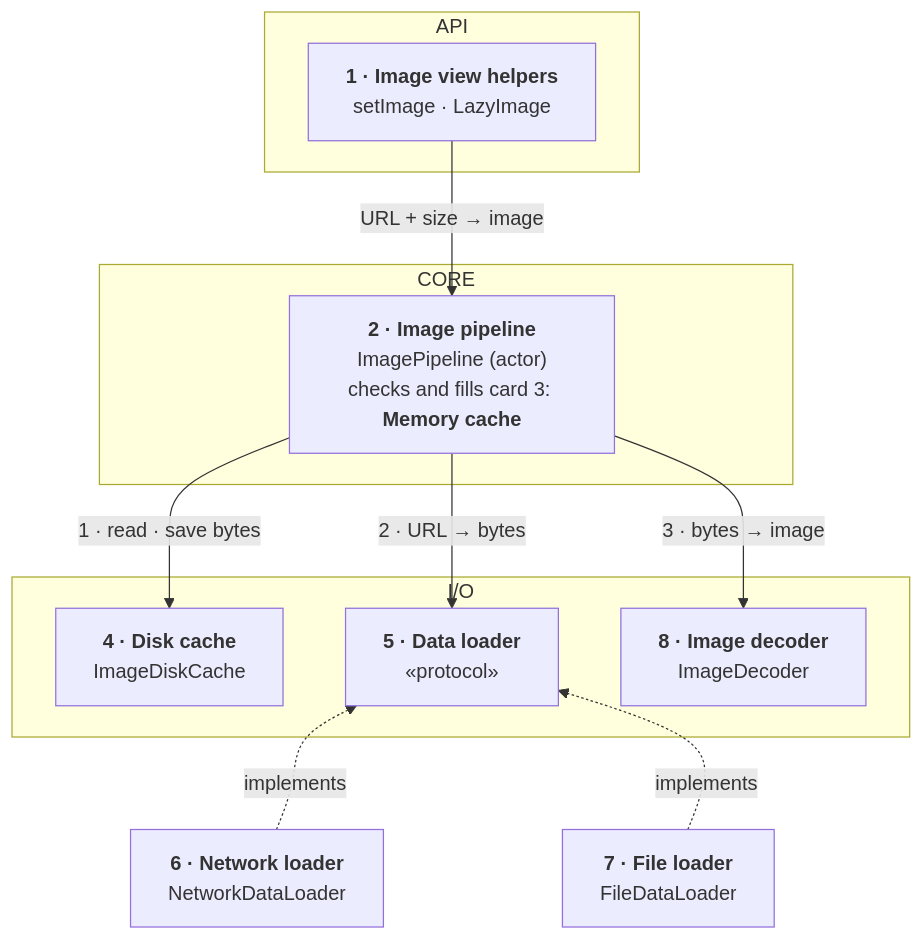
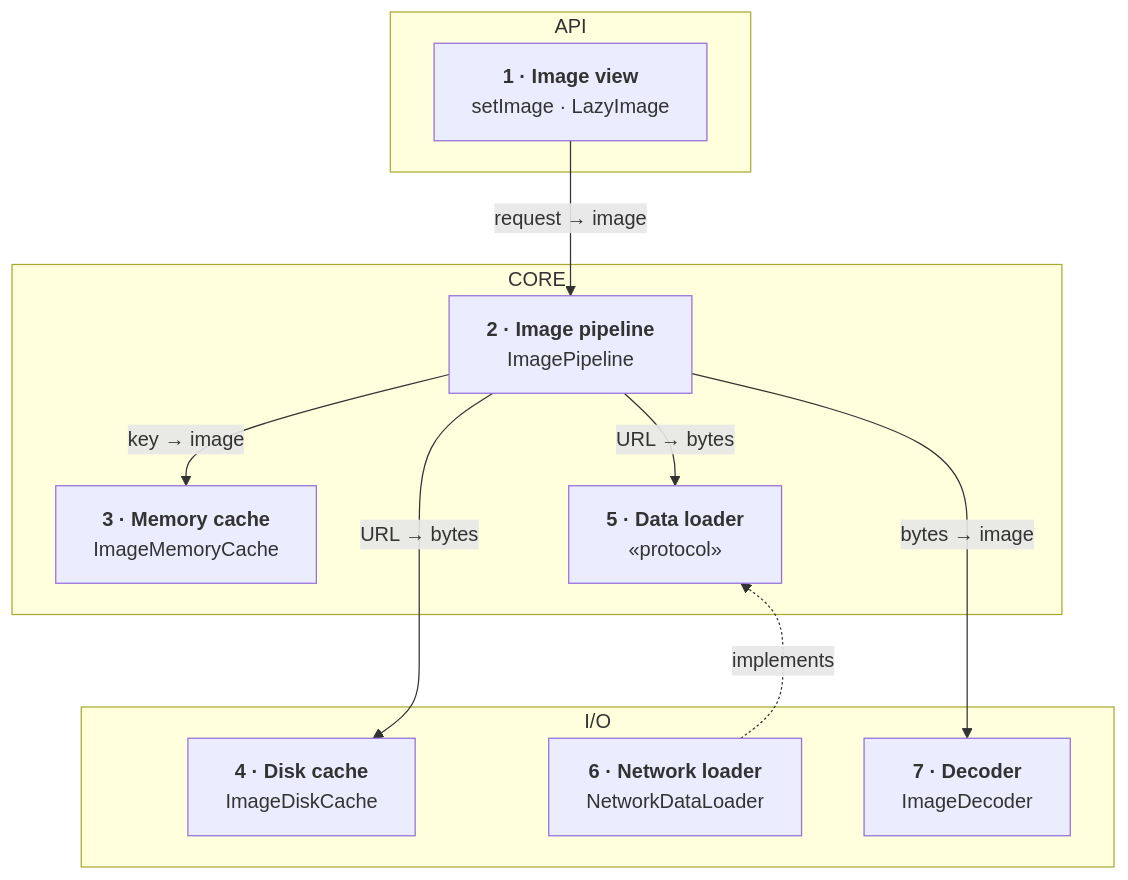
The first of 3 diagrams in topics/system-design/01-image-loading-and-caching-library.md (rezabina86/reference-desk), drawn with Mermaid before and after one commit. The commit also changed other lines of this file and 5 other files, not shown here.

````diff
--- a/topics/system-design/01-image-loading-and-caching-library.md
+++ b/topics/system-design/01-image-loading-and-caching-library.md
@@ -142,37 +116,35 @@
 ```mermaid
 flowchart TB
   subgraph A["API"]
-    Call["`**1 · Image view helpers**
+    View["`**1 · Image view**
 setImage · LazyImage`"]
   end
   subgraph C["CORE"]
     Pipe["`**2 · Image pipeline**
-ImagePipeline (actor)
-checks and fills card 3: **Memory cache**`"]
+ImagePipeline`"]
+    Mem["`**3 · Memory cache**
+ImageMemoryCache`"]
+    Loader["`**5 · Data loader**
+«protocol»`"]
   end
   subgraph IO["I/O"]
     Disk["`**4 · Disk cache**
 ImageDiskCache`"]
-    Loader["`**5 · Data loader**
-«protocol»`"]
-    Dec["`**8 · Image decoder**
+    Net["`**6 · Network loader**
+NetworkDataLoader`"]
+    Dec["`**7 · Decoder**
 ImageDecoder`"]
   end
-  Net["`**6 · Network loader**
-NetworkDataLoader`"]
-  File["`**7 · File loader**
-FileDataLoader`"]
-  Call -- "URL + size → image" --> Pipe
-  Pipe -- "1 · read · save bytes" --> Disk
-  Pipe -- "2 · URL → bytes" --> Loader
-  Pipe -- "3 · bytes → image" --> Dec
+  View -- "request → image" --> Pipe
+  Pipe -- "key → image" --> Mem
+  Pipe -- "URL → bytes" --> Loader
   Loader ~~~ Net
-  Loader ~~~ File
   Net -. "implements" .-> Loader
-  File -. "implements" .-> Loader
-  class Call pres
-  class Pipe dom
-  class Disk,Loader,Dec data
+  Mem ~~~ Disk
+  Pipe -- "URL → bytes" --> Disk
+  Pipe -- "bytes → image" --> Dec
+  class View pres
+  class Pipe,Mem,Loader dom
+  class Disk,Dec data
   class Net net
-  class File data
 ```
````
